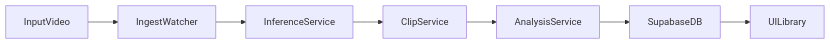
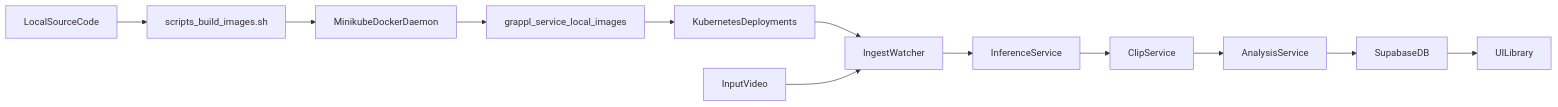
Before and after one commit to protektiq/grappl: the diagram in DATA_FLOW_DIAGRAM.md, drawn with Mermaid. The commit also changed 8 other files, not shown here.

````diff
--- a/DATA_FLOW_DIAGRAM.md
+++ b/DATA_FLOW_DIAGRAM.md
@@ -3,9 +3,15 @@
 ```mermaid
 flowchart LR
+  localSource[LocalSourceCode] --> buildScript[scripts_build_images.sh]
+  buildScript --> minikubeDocker[MinikubeDockerDaemon]
+  minikubeDocker --> localImages[grappl_service_local_images]
+  localImages --> k8sDeployments[KubernetesDeployments]
+  k8sDeployments --> ingestWatcher[IngestWatcher]
+
   inputVideo[InputVideo] --> ingestWatcher[IngestWatcher]
   ingestWatcher --> inferenceService[InferenceService]
   inferenceService --> clipService[ClipService]
   clipService --> analysisService[AnalysisService]
   analysisService --> supabaseDb[SupabaseDB]
   supabaseDb --> uiLibrary[UILibrary]
 ```
````
